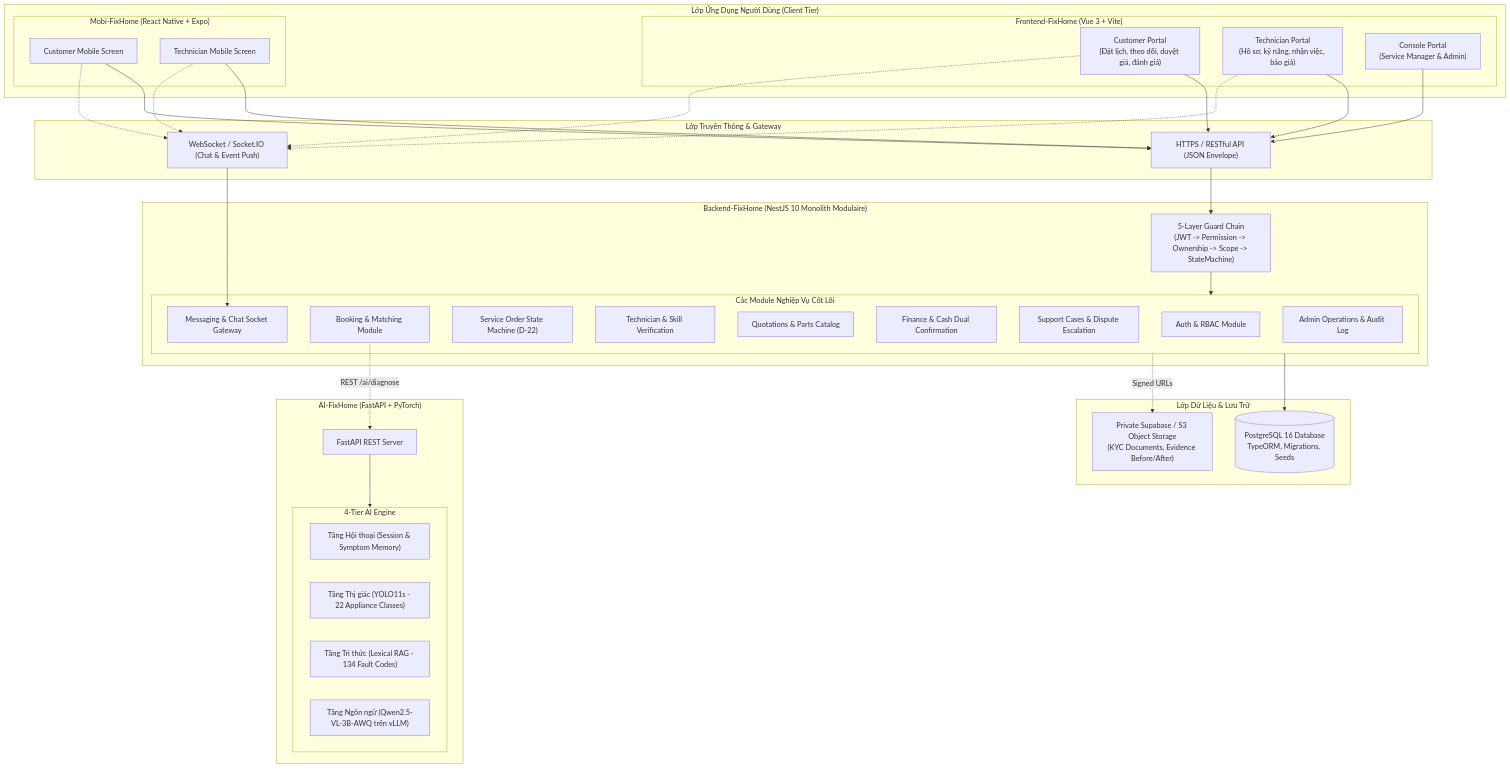
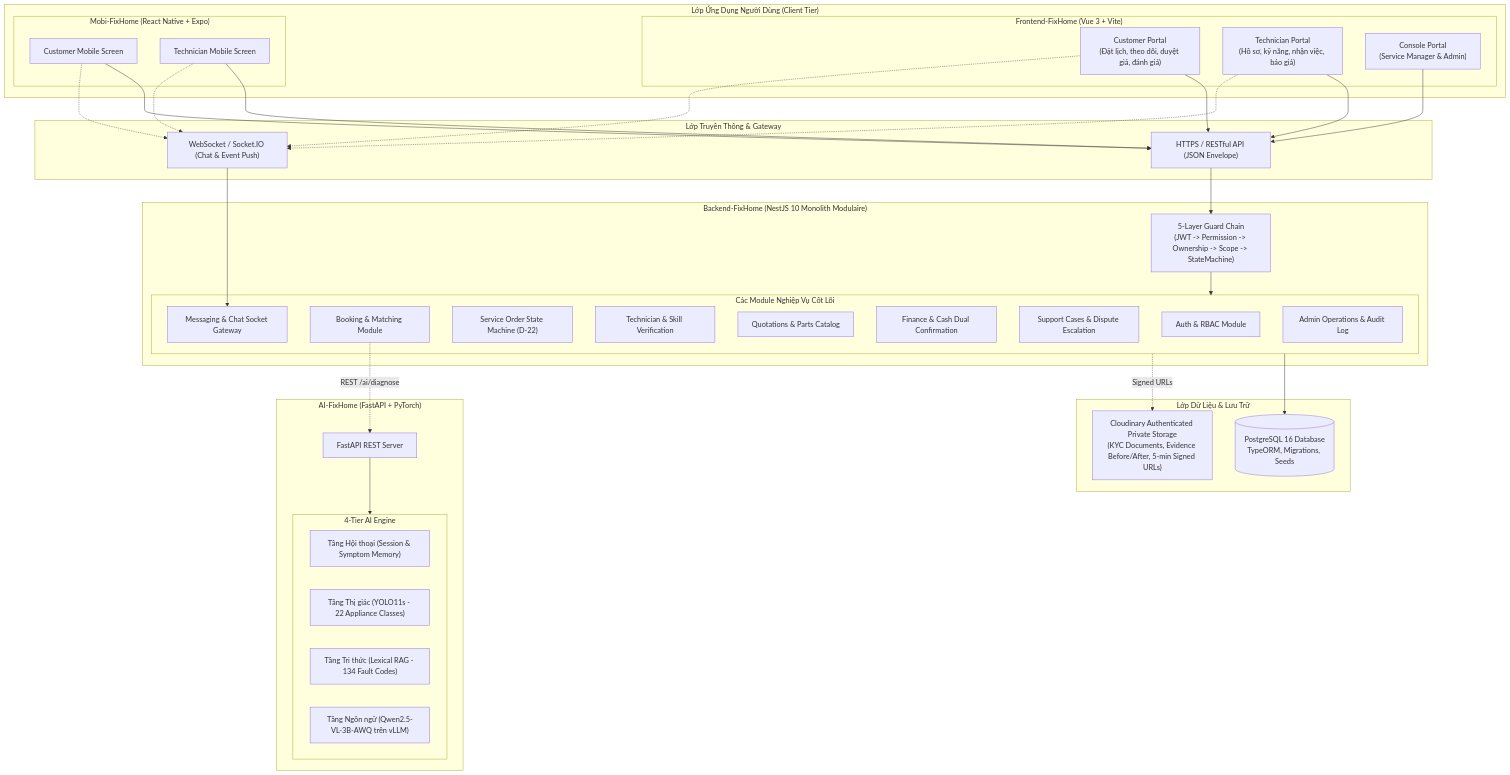
One commit to FixHome-SEP490/docs changed the diagram in architecture/SYSTEM_ECOSYSTEM_AND_FILE_STRUCTURE.md. Above: the diagram before and after it, drawn with Mermaid. The commit also changed other lines of this file and 9 other files, not shown here.

Commit message:
docs(spec-v2.1): update architecture, API changelog, migrations, Cloudinary storage, VNPay, and tracking

````diff
--- a/architecture/SYSTEM_ECOSYSTEM_AND_FILE_STRUCTURE.md
+++ b/architecture/SYSTEM_ECOSYSTEM_AND_FILE_STRUCTURE.md
@@ -16,70 +16,70 @@
 ```mermaid
 flowchart TB
     subgraph Clients["Lớp Ứng Dụng Người Dùng (Client Tier)"]
         subgraph WebApp["Frontend-FixHome (Vue 3 + Vite)"]
             CustomerWeb["Customer Portal<br/>(Đặt lịch, theo dõi, duyệt giá, đánh giá)"]
             TechWeb["Technician Portal<br/>(Hồ sơ, kỹ năng, nhận việc, báo giá)"]
             ConsoleWeb["Console Portal<br/>(Service Manager & Admin)"]
         end
         subgraph MobileApp["Mobi-FixHome (React Native + Expo)"]
             CustomerMob["Customer Mobile Screen"]
             TechMob["Technician Mobile Screen"]
         end
     end
 
     subgraph Gateway["Lớp Truyền Thông & Gateway"]
         HTTP_REST["HTTPS / RESTful API (JSON Envelope)"]
         WS_REALTIME["WebSocket / Socket.IO (Chat & Event Push)"]
     end
 
     subgraph CoreBackend["Backend-FixHome (NestJS 10 Monolith Modulaire)"]
         GuardChain["5-Layer Guard Chain<br/>(JWT -> Permission -> Ownership -> Scope -> StateMachine)"]
         
         subgraph BusinessModules["Các Module Nghiệp Vụ Cốt Lõi"]
             AuthModule["Auth & RBAC Module"]
             BookingModule["Booking & Matching Module"]
             OrderModule["Service Order State Machine (D-22)"]
             TechModule["Technician & Skill Verification"]
             QuoteModule["Quotations & Parts Catalog"]
             FinanceModule["Finance & Cash Dual Confirmation"]
             SupportModule["Support Cases & Dispute Escalation"]
             ChatModule["Messaging & Chat Socket Gateway"]
             AdminModule["Admin Operations & Audit Log"]
         end
     end
 
     subgraph AIService["AI-FixHome (FastAPI + PyTorch)"]
         AI_API["FastAPI REST Server"]
         subgraph Engine4Tiers["4-Tier AI Engine"]
             Tier1["Tầng Hội thoại (Session & Symptom Memory)"]
             Tier2["Tầng Thị giác (YOLO11s - 22 Appliance Classes)"]
             Tier3["Tầng Tri thức (Lexical RAG - 134 Fault Codes)"]
             Tier4["Tầng Ngôn ngữ (Qwen2.5-VL-3B-AWQ trên vLLM)"]
         end
     end
 
     subgraph DataStorage["Lớp Dữ Liệu & Lưu Trữ"]
         Postgres[(PostgreSQL 16 Database<br/>TypeORM, Migrations, Seeds)]
-        Storage["Private Supabase / S3 Object Storage<br/>(KYC Documents, Evidence Before/After)"]
+        Storage["Cloudinary Authenticated Private Storage<br/>(KYC Documents, Evidence Before/After, 5-min Signed URLs)"]
     end
 
     CustomerWeb --> HTTP_REST
     TechWeb --> HTTP_REST
     ConsoleWeb --> HTTP_REST
     CustomerMob --> HTTP_REST
     TechMob --> HTTP_REST
 
     CustomerWeb -.-> WS_REALTIME
     TechWeb -.-> WS_REALTIME
     CustomerMob -.-> WS_REALTIME
     TechMob -.-> WS_REALTIME
 
     HTTP_REST --> GuardChain --> BusinessModules
     WS_REALTIME --> ChatModule
 
     BookingModule -.->|REST /ai/diagnose| AI_API
     AI_API --> Engine4Tiers
 
     BusinessModules --> Postgres
     BusinessModules -.->|Signed URLs| Storage
 ```
````
